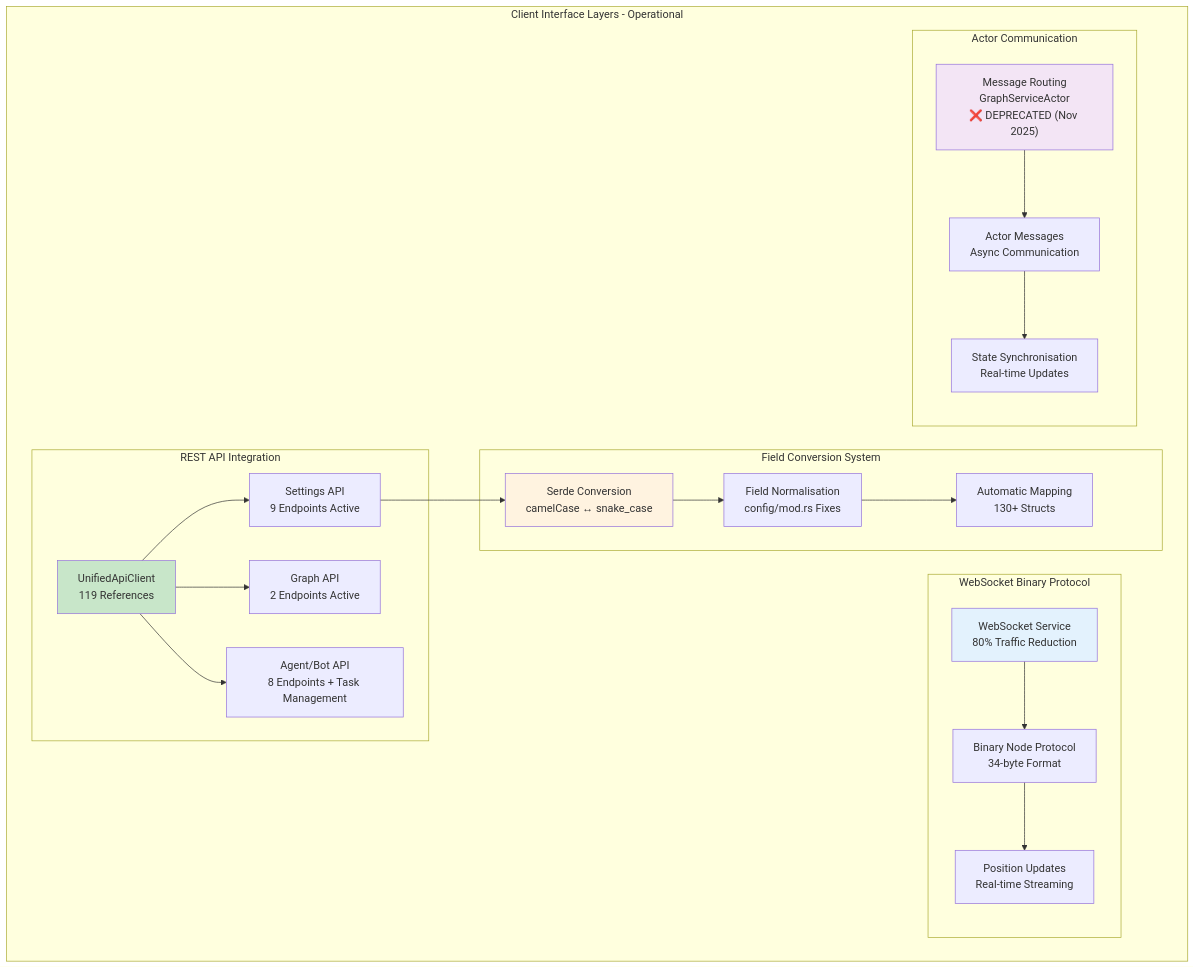
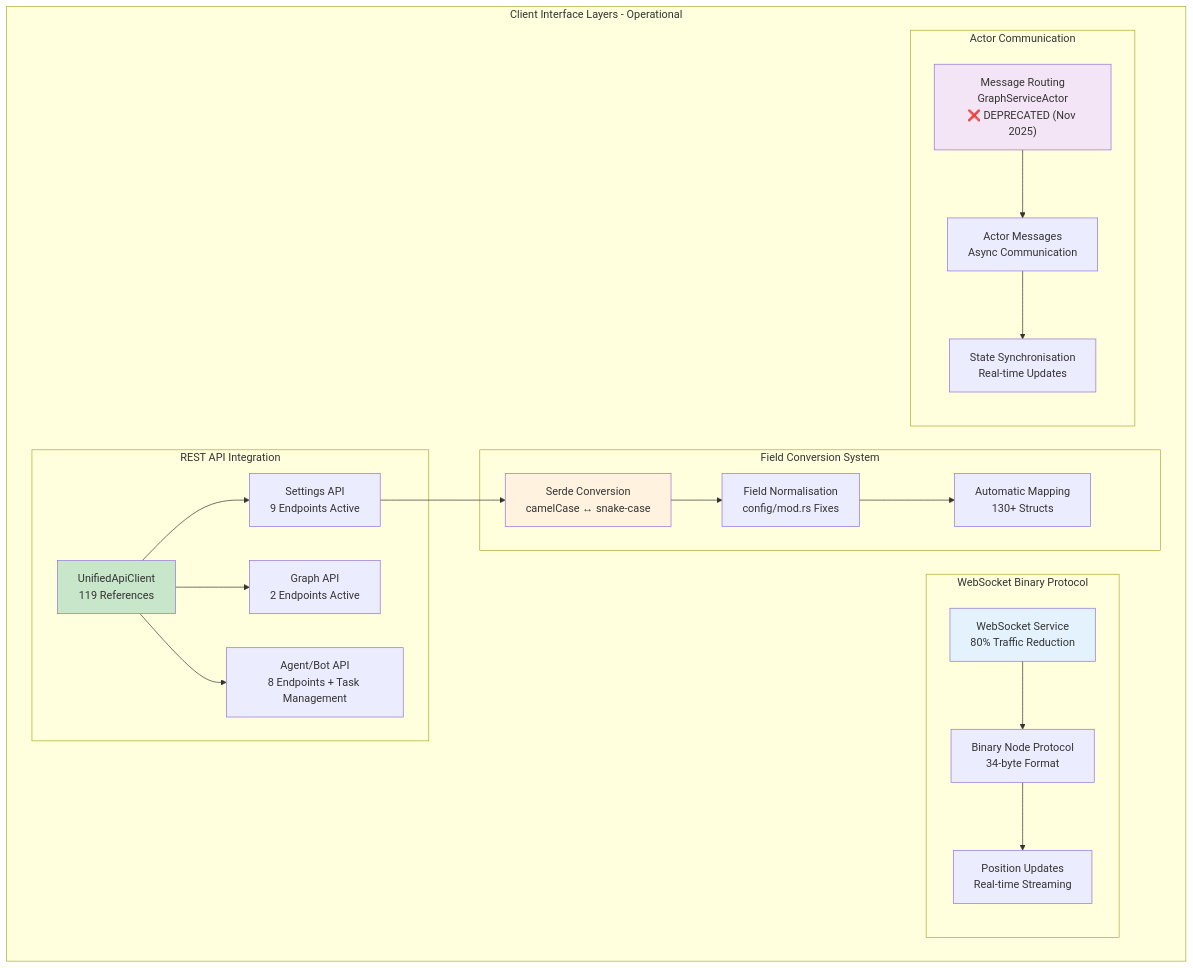
Before and after one commit to DreamLab-AI/VisionFlow: diagram 14 of 14 in docs/concepts/architecture/core/client.md, drawn with Mermaid. The commit also changed 184 other files, not shown here.

````diff
--- a/docs/concepts/architecture/core/client.md
+++ b/docs/concepts/architecture/core/client.md
@@ -1017,48 +1017,48 @@
 ```mermaid
 graph TB
     subgraph "Client Interface Layers - Operational"
         subgraph "REST API Integration"
             UnifiedClient["UnifiedApiClient<br/>119 References"]
             SettingsAPI["Settings API<br/>9 Endpoints Active"]
             GraphAPI["Graph API<br/>2 Endpoints Active"]
             AgentAPI["Agent/Bot API<br/>8 Endpoints + Task Management"]
         end
 
         subgraph "WebSocket Binary Protocol"
             WSService["WebSocket Service<br/>80% Traffic Reduction"]
             BinaryProtocol["Binary Node Protocol<br/>34-byte Format"]
             PositionUpdates["Position Updates<br/>Real-time Streaming"]
         end
 
         subgraph "Field Conversion System"
-            SerdeConversion["Serde Conversion<br/>camelCase ↔ snake_case"]
+            SerdeConversion["Serde Conversion<br/>camelCase ↔ snake-case"]
             FieldNormalisation["Field Normalisation<br/>config/mod.rs Fixes"]
             AutoMapping["Automatic Mapping<br/>130+ Structs"]
         end
 
         subgraph "Actor Communication"
             MessageRouting["Message Routing<br/>GraphServiceActor<br/>❌ DEPRECATED (Nov 2025)"]
             ActorMessages["Actor Messages<br/>Async Communication"]
             StateSync["State Synchronisation<br/>Real-time Updates"]
         end
     end
 
     UnifiedClient --> SettingsAPI
     UnifiedClient --> GraphAPI
     UnifiedClient --> AgentAPI
 
     WSService --> BinaryProtocol
     BinaryProtocol --> PositionUpdates
 
     SettingsAPI --> SerdeConversion
     SerdeConversion --> FieldNormalisation
     FieldNormalisation --> AutoMapping
 
     MessageRouting --> ActorMessages
     ActorMessages --> StateSync
 
     style UnifiedClient fill:#c8e6c9
     style WSService fill:#e3f2fd
     style SerdeConversion fill:#fff3e0
     style MessageRouting fill:#f3e5f5
 ```
````
